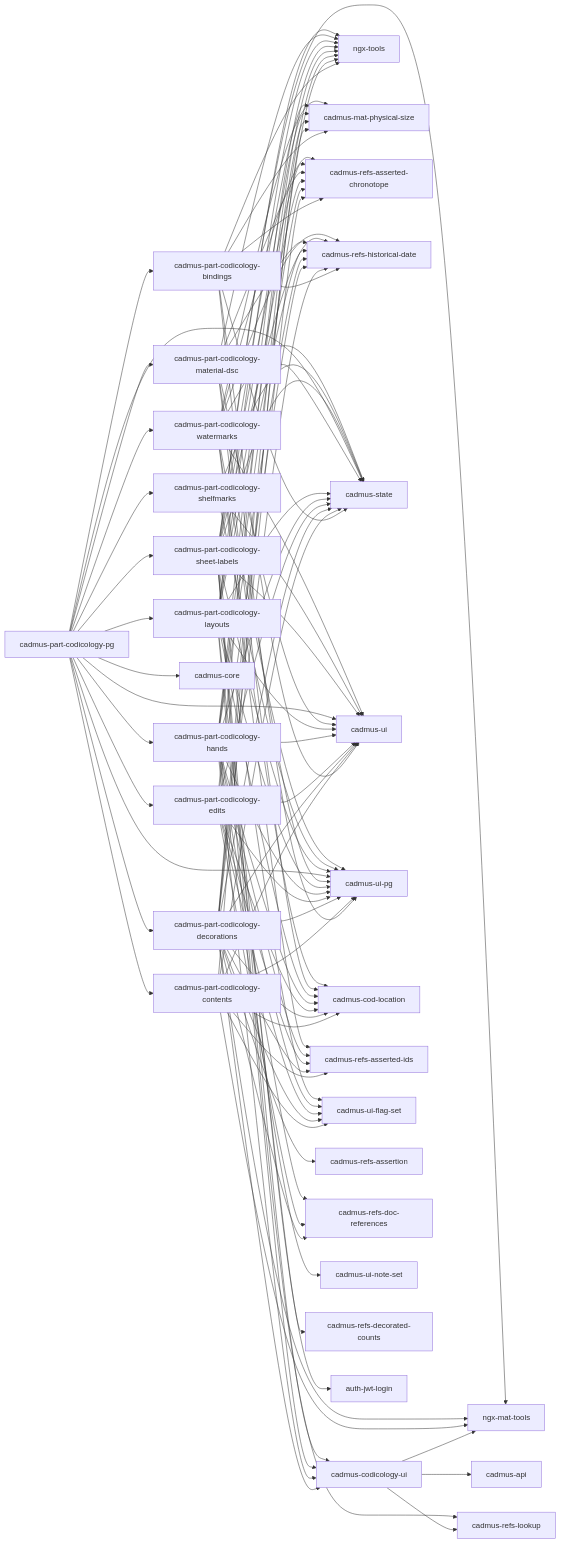
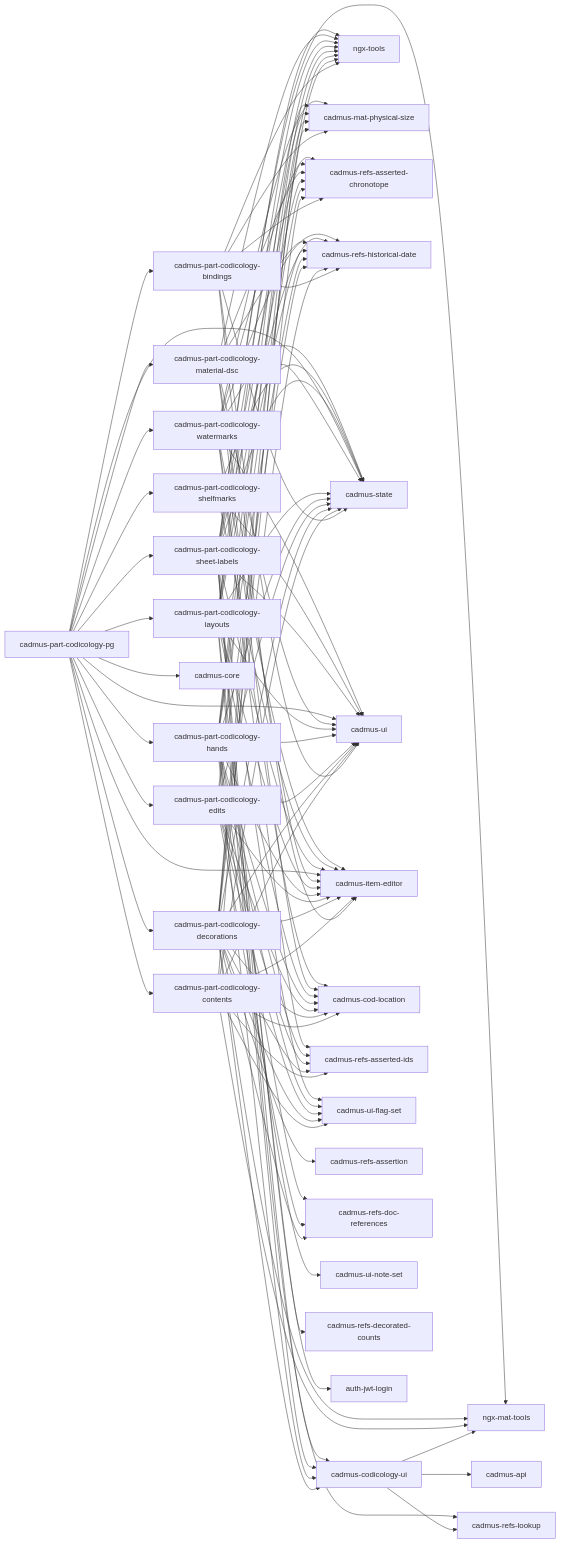
The diagram in frontend/codicology-shell.md (vedph/cadmus-doc), drawn with Mermaid before and after one commit. The commit also changed 11 other files, not shown here.

````diff
--- a/frontend/codicology-shell.md
+++ b/frontend/codicology-shell.md
@@ -20,7 +20,7 @@
   cadmus-part-codicology-bindings --> cadmus-refs-historical-date
   cadmus-part-codicology-bindings --> cadmus-state
   cadmus-part-codicology-bindings --> cadmus-ui
-  cadmus-part-codicology-bindings --> cadmus-ui-pg
+  cadmus-part-codicology-bindings --> cadmus-item-editor
   cadmus-part-codicology-contents --> ngx-tools
   cadmus-part-codicology-contents --> ngx-mat-tools
   cadmus-part-codicology-contents --> cadmus-cod-location
@@ -28,7 +28,7 @@
   cadmus-part-codicology-contents --> cadmus-ui-flag-set
   cadmus-part-codicology-contents --> cadmus-state
   cadmus-part-codicology-contents --> cadmus-ui
-  cadmus-part-codicology-contents --> cadmus-ui-pg
+  cadmus-part-codicology-contents --> cadmus-item-editor
   cadmus-part-codicology-decorations --> ngx-tools
   cadmus-part-codicology-decorations --> ngx-mat-tools
   cadmus-part-codicology-decorations --> cadmus-refs-assertion
@@ -41,7 +41,7 @@
   cadmus-part-codicology-decorations --> cadmus-ui-flag-set
   cadmus-part-codicology-decorations --> cadmus-state
   cadmus-part-codicology-decorations --> cadmus-ui
-  cadmus-part-codicology-decorations --> cadmus-ui-pg
+  cadmus-part-codicology-decorations --> cadmus-item-editor
   cadmus-part-codicology-decorations --> cadmus-codicology-ui
   cadmus-part-codicology-edits --> ngx-tools
   cadmus-part-codicology-edits --> cadmus-cod-location
@@ -51,7 +51,7 @@
   cadmus-part-codicology-edits --> cadmus-ui-flag-set
   cadmus-part-codicology-edits --> cadmus-state
   cadmus-part-codicology-edits --> cadmus-ui
-  cadmus-part-codicology-edits --> cadmus-ui-pg
+  cadmus-part-codicology-edits --> cadmus-item-editor
   cadmus-part-codicology-hands --> ngx-tools
   cadmus-part-codicology-hands --> cadmus-cod-location
   cadmus-part-codicology-hands --> cadmus-mat-physical-size
@@ -63,7 +63,7 @@
   cadmus-part-codicology-hands --> cadmus-ui-note-set
   cadmus-part-codicology-hands --> cadmus-state
   cadmus-part-codicology-hands --> cadmus-ui
-  cadmus-part-codicology-hands --> cadmus-ui-pg
+  cadmus-part-codicology-hands --> cadmus-item-editor
   cadmus-part-codicology-hands --> cadmus-codicology-ui
   cadmus-part-codicology-layouts --> ngx-tools
   cadmus-part-codicology-layouts --> cadmus-cod-location
@@ -73,7 +73,7 @@
   cadmus-part-codicology-layouts --> cadmus-refs-historical-date
   cadmus-part-codicology-layouts --> cadmus-state
   cadmus-part-codicology-layouts --> cadmus-ui
-  cadmus-part-codicology-layouts --> cadmus-ui-pg
+  cadmus-part-codicology-layouts --> cadmus-item-editor
   cadmus-part-codicology-layouts --> cadmus-codicology-ui
   cadmus-part-codicology-material-dsc --> ngx-tools
   cadmus-part-codicology-material-dsc --> cadmus-cod-location
@@ -81,11 +81,11 @@
   cadmus-part-codicology-material-dsc --> cadmus-refs-historical-date
   cadmus-part-codicology-material-dsc --> cadmus-state
   cadmus-part-codicology-material-dsc --> cadmus-ui
-  cadmus-part-codicology-material-dsc --> cadmus-ui-pg
+  cadmus-part-codicology-material-dsc --> cadmus-item-editor
   cadmus-part-codicology-pg --> cadmus-core
   cadmus-part-codicology-pg --> cadmus-state
   cadmus-part-codicology-pg --> cadmus-ui
-  cadmus-part-codicology-pg --> cadmus-ui-pg
+  cadmus-part-codicology-pg --> cadmus-item-editor
   cadmus-part-codicology-pg --> cadmus-part-codicology-bindings
   cadmus-part-codicology-pg --> cadmus-part-codicology-contents
   cadmus-part-codicology-pg --> cadmus-part-codicology-decorations
@@ -106,11 +106,11 @@
   cadmus-part-codicology-sheet-labels --> cadmus-refs-lookup
   cadmus-part-codicology-sheet-labels --> cadmus-state
   cadmus-part-codicology-sheet-labels --> cadmus-ui
-  cadmus-part-codicology-sheet-labels --> cadmus-ui-pg
+  cadmus-part-codicology-sheet-labels --> cadmus-item-editor
   cadmus-part-codicology-sheet-labels --> cadmus-codicology-ui
   cadmus-part-codicology-shelfmarks --> cadmus-state
   cadmus-part-codicology-shelfmarks --> cadmus-ui
-  cadmus-part-codicology-shelfmarks --> cadmus-ui-pg
+  cadmus-part-codicology-shelfmarks --> cadmus-item-editor
   cadmus-part-codicology-watermarks --> cadmus-cod-location
   cadmus-part-codicology-watermarks --> cadmus-mat-physical-size
   cadmus-part-codicology-watermarks --> cadmus-refs-asserted-chronotope
@@ -118,5 +118,5 @@
   cadmus-part-codicology-watermarks --> cadmus-refs-historical-date
   cadmus-part-codicology-watermarks --> cadmus-state
   cadmus-part-codicology-watermarks --> cadmus-ui
-  cadmus-part-codicology-watermarks --> cadmus-ui-pg
+  cadmus-part-codicology-watermarks --> cadmus-item-editor
 ```
````
